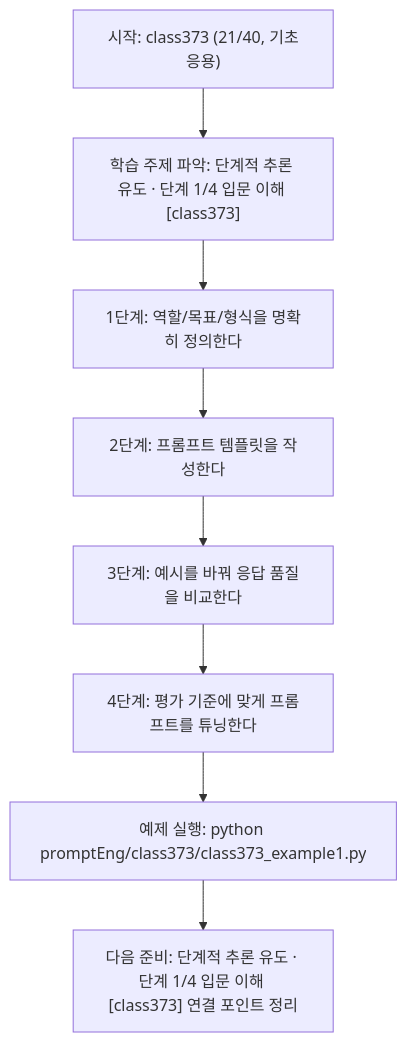
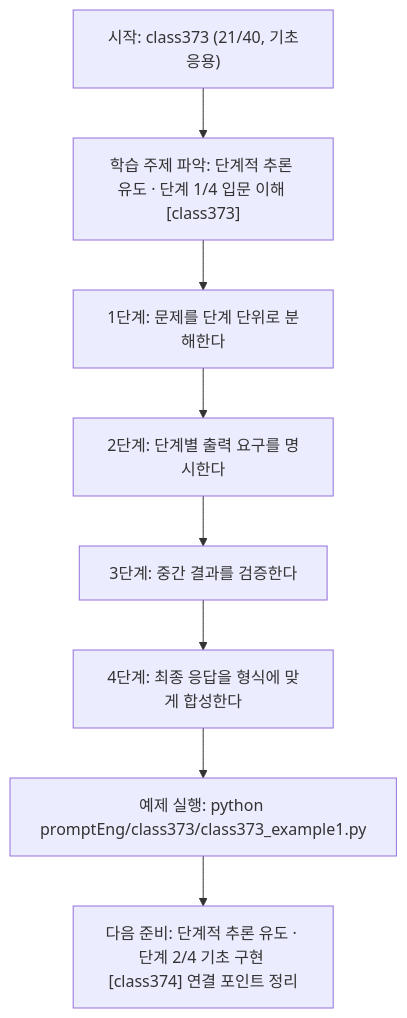
One commit to edumgt/Python-AI_Agent-Class changed the diagram in promptEng/class373/class373.md. Above: the diagram before and after it, drawn with Mermaid. The commit also changed other lines of this file and 283 other files, not shown here.

````diff
--- a/promptEng/class373/class373.md
+++ b/promptEng/class373/class373.md
@@ -110,18 +91,18 @@
 ```mermaid
 flowchart TD
 N1["시작: class373 (21/40, 기초응용)"]
 N2["학습 주제 파악: 단계적 추론 유도 · 단계 1/4 입문 이해 [class373]"]
-N3["1단계: 역할/목표/형식을 명확히 정의한다"]
-N4["2단계: 프롬프트 템플릿을 작성한다"]
-N5["3단계: 예시를 바꿔 응답 품질을 비교한다"]
-N6["4단계: 평가 기준에 맞게 프롬프트를 튜닝한다"]
+N3["1단계: 문제를 단계 단위로 분해한다"]
+N4["2단계: 단계별 출력 요구를 명시한다"]
+N5["3단계: 중간 결과를 검증한다"]
+N6["4단계: 최종 응답을 형식에 맞게 합성한다"]
 N7["예제 실행: python promptEng/class373/class373_example1.py"]
-N8["다음 준비: 단계적 추론 유도 · 단계 1/4 입문 이해 [class373] 연결 포인트 정리"]
+N8["다음 준비: 단계적 추론 유도 · 단계 2/4 기초 구현 [class374] 연결 포인트 정리"]
 N1 --> N2
 N2 --> N3
 N3 --> N4
 N4 --> N5
 N5 --> N6
 N6 --> N7
 N7 --> N8
 ```
````
